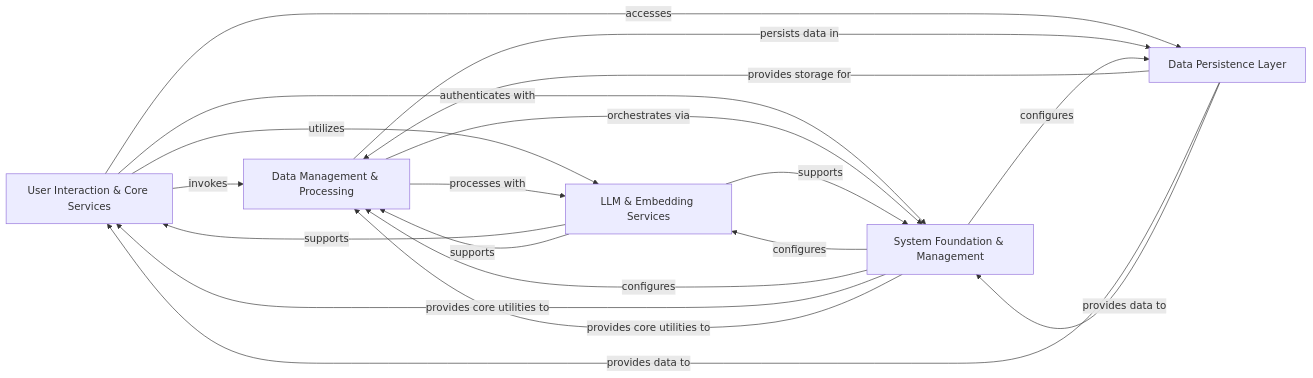
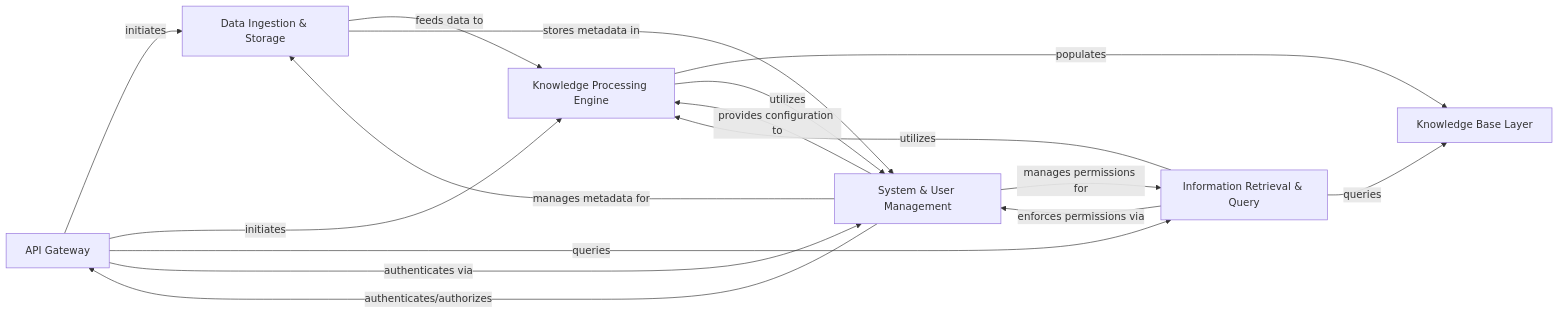
One commit to CodeBoarding/GeneratedOnBoardings changed the diagram in cognee/on_boarding.md. Above: the diagram before and after it, drawn with Mermaid. The commit also changed other lines of this file and 10 other files, not shown here.

````diff
--- a/cognee/on_boarding.md
+++ b/cognee/on_boarding.md
@@ -1,31 +1,29 @@
 ```mermaid
 graph LR
-    User_Interaction_Core_Services["User Interaction & Core Services"]
-    Data_Management_Processing["Data Management & Processing"]
-    LLM_Embedding_Services["LLM & Embedding Services"]
-    Data_Persistence_Layer["Data Persistence Layer"]
-    System_Foundation_Management["System Foundation & Management"]
-    User_Interaction_Core_Services -- "invokes" --> Data_Management_Processing
-    User_Interaction_Core_Services -- "utilizes" --> LLM_Embedding_Services
-    User_Interaction_Core_Services -- "accesses" --> Data_Persistence_Layer
-    User_Interaction_Core_Services -- "authenticates with" --> System_Foundation_Management
-    Data_Management_Processing -- "processes with" --> LLM_Embedding_Services
-    Data_Management_Processing -- "persists data in" --> Data_Persistence_Layer
-    Data_Management_Processing -- "orchestrates via" --> System_Foundation_Management
-    LLM_Embedding_Services -- "supports" --> User_Interaction_Core_Services
-    LLM_Embedding_Services -- "supports" --> Data_Management_Processing
-    LLM_Embedding_Services -- "supports" --> System_Foundation_Management
-    Data_Persistence_Layer -- "provides storage for" --> Data_Management_Processing
-    Data_Persistence_Layer -- "provides data to" --> User_Interaction_Core_Services
-    Data_Persistence_Layer -- "provides data to" --> System_Foundation_Management
-    System_Foundation_Management -- "configures" --> LLM_Embedding_Services
-    System_Foundation_Management -- "configures" --> Data_Persistence_Layer
-    System_Foundation_Management -- "configures" --> Data_Management_Processing
-    System_Foundation_Management -- "provides core utilities to" --> User_Interaction_Core_Services
-    System_Foundation_Management -- "provides core utilities to" --> Data_Management_Processing
-    click User_Interaction_Core_Services href "https://github.com/CodeBoarding/GeneratedOnBoardings/blob/main/cognee/User Interaction & Core Services.md" "Details"
-    click Data_Management_Processing href "https://github.com/CodeBoarding/GeneratedOnBoardings/blob/main/cognee/Data Management & Processing.md" "Details"
-    click LLM_Embedding_Services href "https://github.com/CodeBoarding/GeneratedOnBoardings/blob/main/cognee/LLM & Embedding Services.md" "Details"
-    click Data_Persistence_Layer href "https://github.com/CodeBoarding/GeneratedOnBoardings/blob/main/cognee/Data Persistence Layer.md" "Details"
-    click System_Foundation_Management href "https://github.com/CodeBoarding/GeneratedOnBoardings/blob/main/cognee/System Foundation & Management.md" "Details"
+    API_Gateway["API Gateway"]
+    Data_Ingestion_Storage["Data Ingestion & Storage"]
+    Knowledge_Processing_Engine["Knowledge Processing Engine"]
+    Knowledge_Base_Layer["Knowledge Base Layer"]
+    Information_Retrieval_Query["Information Retrieval & Query"]
+    System_User_Management["System & User Management"]
+    API_Gateway -- "initiates" --> Data_Ingestion_Storage
+    API_Gateway -- "initiates" --> Knowledge_Processing_Engine
+    API_Gateway -- "queries" --> Information_Retrieval_Query
+    API_Gateway -- "authenticates via" --> System_User_Management
+    Data_Ingestion_Storage -- "feeds data to" --> Knowledge_Processing_Engine
+    Data_Ingestion_Storage -- "stores metadata in" --> System_User_Management
+    Knowledge_Processing_Engine -- "populates" --> Knowledge_Base_Layer
+    Knowledge_Processing_Engine -- "utilizes" --> System_User_Management
+    Information_Retrieval_Query -- "queries" --> Knowledge_Base_Layer
+    Information_Retrieval_Query -- "utilizes" --> Knowledge_Processing_Engine
+    Information_Retrieval_Query -- "enforces permissions via" --> System_User_Management
+    System_User_Management -- "authenticates/authorizes" --> API_Gateway
+    System_User_Management -- "manages metadata for" --> Data_Ingestion_Storage
+    System_User_Management -- "provides configuration to" --> Knowledge_Processing_Engine
+    System_User_Management -- "manages permissions for" --> Information_Retrieval_Query
+    click Data_Ingestion_Storage href "https://github.com/CodeBoarding/GeneratedOnBoardings/blob/main/cognee/Data_Ingestion_Storage.md" "Details"
+    click Knowledge_Processing_Engine href "https://github.com/CodeBoarding/GeneratedOnBoardings/blob/main/cognee/Knowledge_Processing_Engine.md" "Details"
+    click Knowledge_Base_Layer href "https://github.com/CodeBoarding/GeneratedOnBoardings/blob/main/cognee/Knowledge_Base_Layer.md" "Details"
+    click Information_Retrieval_Query href "https://github.com/CodeBoarding/GeneratedOnBoardings/blob/main/cognee/Information_Retrieval_Query.md" "Details"
+    click System_User_Management href "https://github.com/CodeBoarding/GeneratedOnBoardings/blob/main/cognee/System_User_Management.md" "Details"
 ```
````
